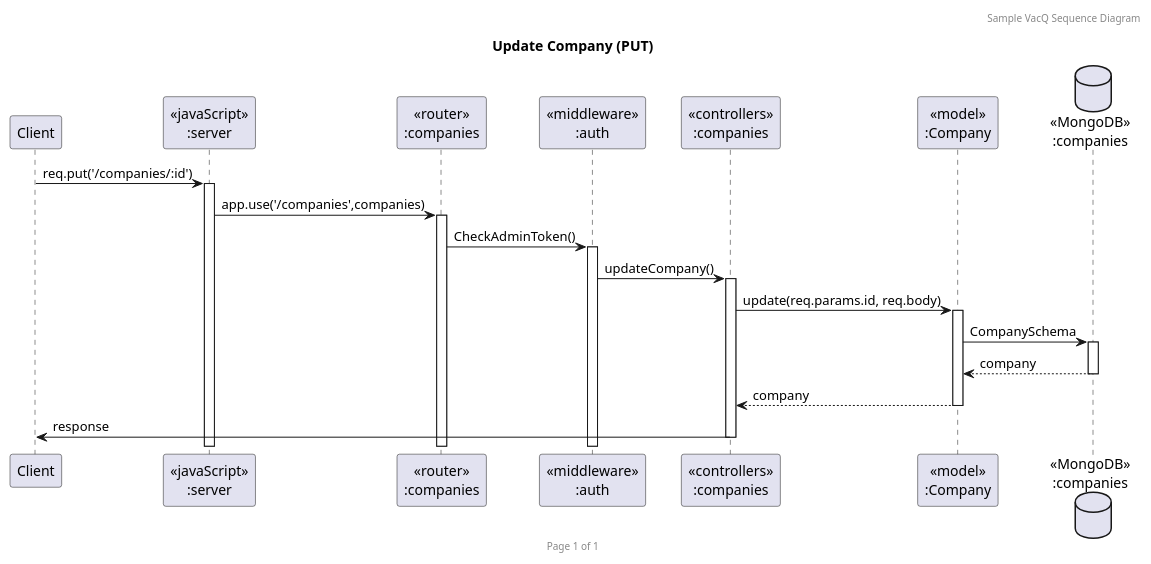
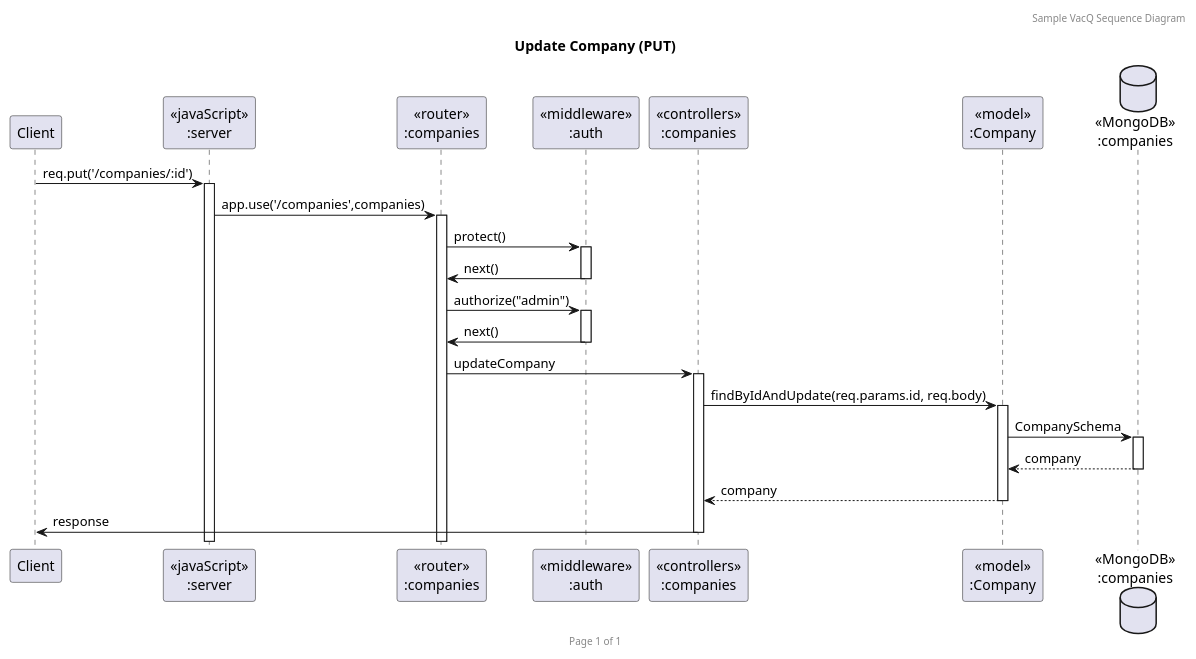
Before and after one commit to armernuntiya/SWDevI: the diagram in PlantUML/JobFairSequenceCompanyPUT.puml, drawn with PlantUML. The commit also changed 14 other files, not shown here.

Commit message:
Edit:diagram puml

```diff
--- a/PlantUML/JobFairSequenceCompanyPUT.puml
+++ b/PlantUML/JobFairSequenceCompanyPUT.puml
@@ -1,27 +1,30 @@
 @startuml Manage Company (PUT)
 
 header Sample VacQ Sequence Diagram
 footer Page %page% of %lastpage%
 title "Update Company (PUT)"
 
 participant "Client" as client
 participant "<<javaScript>>\n:server" as server
 participant "<<router>>\n:companies" as routerCompanies
 participant "<<middleware>>\n:auth" as authMiddleware
 participant "<<controllers>>\n:companies" as controllersCompanies
 participant "<<model>>\n:Company" as modelCompany
 database "<<MongoDB>>\n:companies" as CompaniesDatabase
 
 client->server ++:req.put('/companies/:id')
 server->routerCompanies ++:app.use('/companies',companies)
-routerCompanies -> authMiddleware ++: CheckAdminToken()
-authMiddleware -> controllersCompanies ++:updateCompany()
-controllersCompanies -> modelCompany ++:update(req.params.id, req.body)
+routerCompanies -> authMiddleware ++: protect()
+routerCompanies <- authMiddleware --: next()
+routerCompanies -> authMiddleware ++: authorize("admin")
+routerCompanies <- authMiddleware --: next()
+routerCompanies -> controllersCompanies ++:updateCompany
+controllersCompanies -> modelCompany ++:findByIdAndUpdate(req.params.id, req.body)
 modelCompany -> CompaniesDatabase ++: CompanySchema
 CompaniesDatabase --> modelCompany --: company
 controllersCompanies <-- modelCompany --: company
 controllersCompanies->client --:response
 
 
 
 @enduml
```
